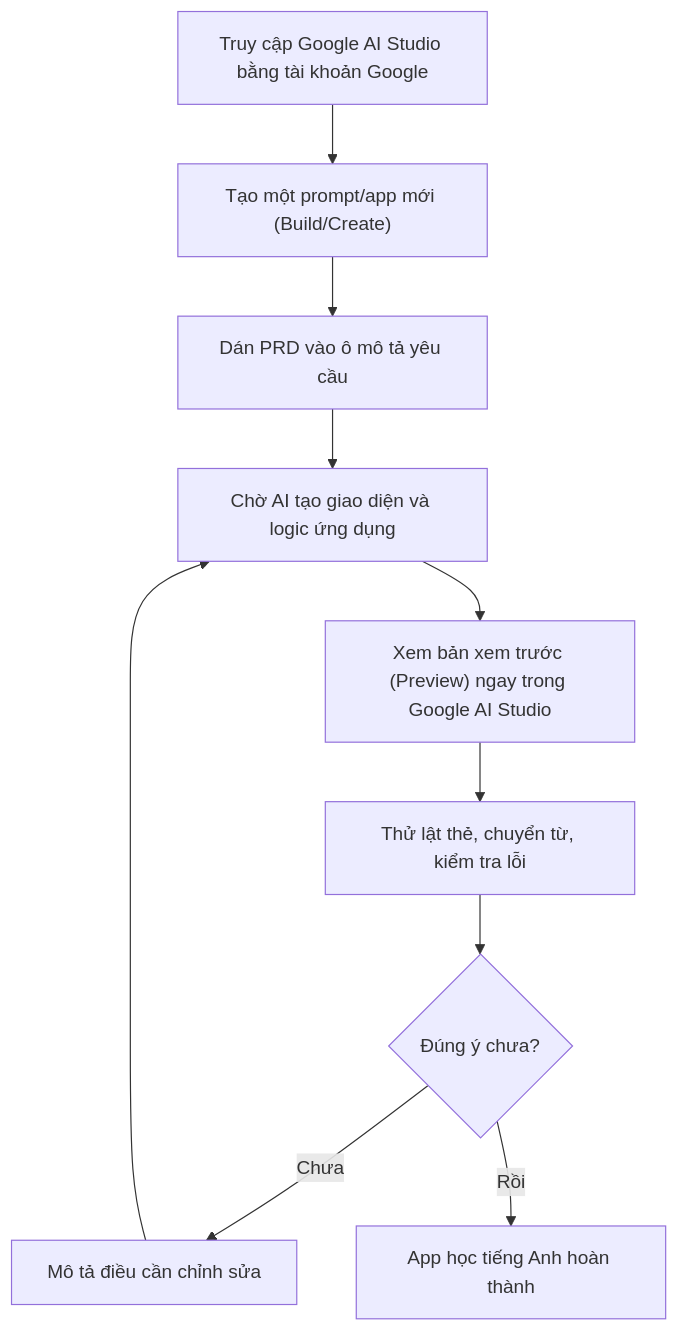
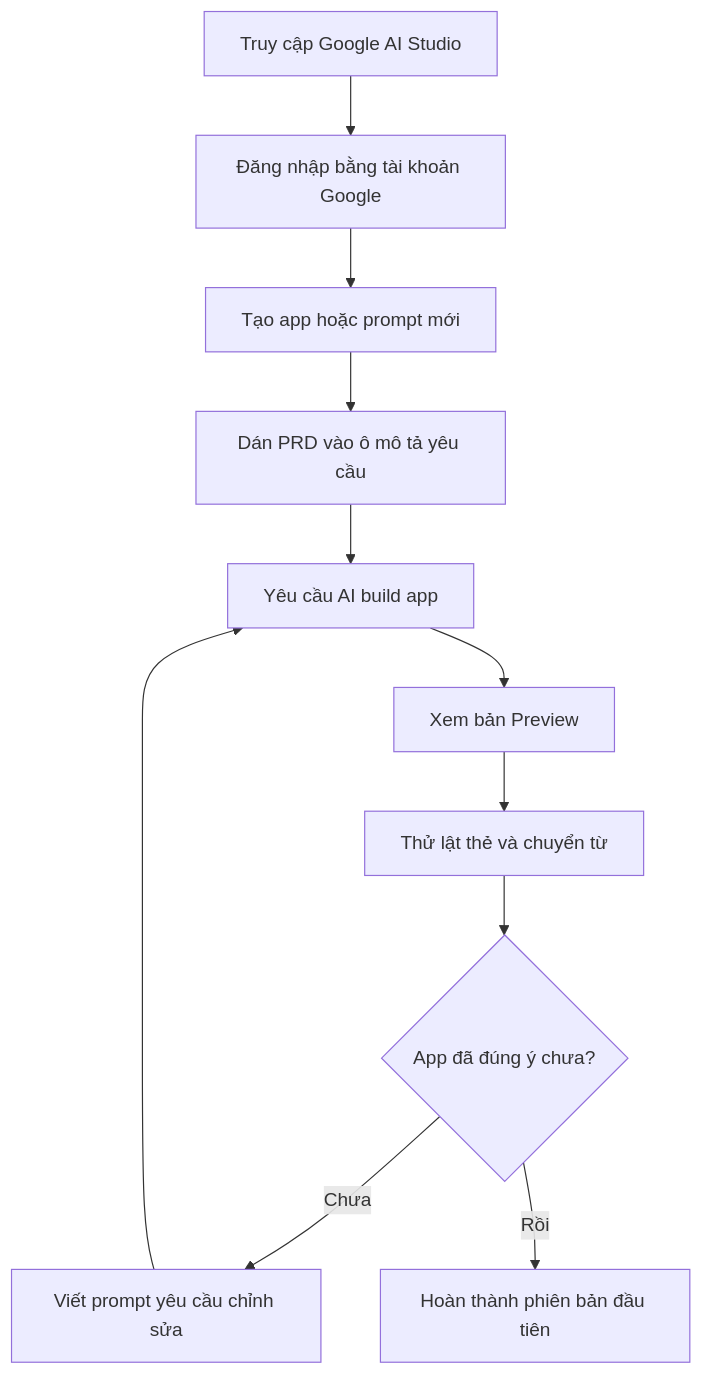
Before and after one commit to AlanKhan145/course-knowledge-base: the second of 3 diagrams in khoa-hoc-vibe-coding-co-ban/Module 04 - Ky Nang Prompting Vibe Code/10-build-english-learning-app-google-ai-studio.md, drawn with Mermaid. The commit also changed other lines of this file and 19 other files, not shown here.

````diff
--- a/khoa-hoc-vibe-coding-co-ban/Module 04 - Ky Nang Prompting Vibe Code/10-build-english-learning-app-google-ai-studio.md
+++ b/khoa-hoc-vibe-coding-co-ban/Module 04 - Ky Nang Prompting Vibe Code/10-build-english-learning-app-google-ai-studio.md
@@ -56,12 +90,13 @@
 ```mermaid
 flowchart TD
-    A["Truy cập Google AI Studio bằng tài khoản Google"] --> B["Tạo một prompt/app mới (Build/Create)"]
-    B --> C["Dán PRD vào ô mô tả yêu cầu"]
-    C --> D["Chờ AI tạo giao diện và logic ứng dụng"]
-    D --> E["Xem bản xem trước (Preview) ngay trong Google AI Studio"]
-    E --> F["Thử lật thẻ, chuyển từ, kiểm tra lỗi"]
-    F --> G{"Đúng ý chưa?"}
-    G -- "Chưa" --> H["Mô tả điều cần chỉnh sửa"]
-    H --> D
-    G -- "Rồi" --> I["App học tiếng Anh hoàn thành"]
+    A["Truy cập Google AI Studio"] --> B["Đăng nhập bằng tài khoản Google"]
+    B --> C["Tạo app hoặc prompt mới"]
+    C --> D["Dán PRD vào ô mô tả yêu cầu"]
+    D --> E["Yêu cầu AI build app"]
+    E --> F["Xem bản Preview"]
+    F --> G["Thử lật thẻ và chuyển từ"]
+    G --> H{"App đã đúng ý chưa?"}
+    H -- "Chưa" --> I["Viết prompt yêu cầu chỉnh sửa"]
+    I --> E
+    H -- "Rồi" --> J["Hoàn thành phiên bản đầu tiên"]
 ```
````
